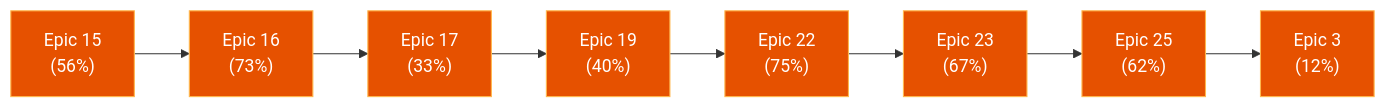
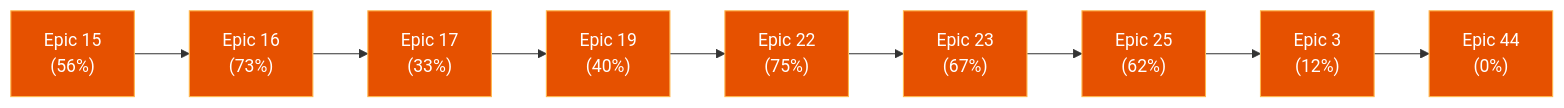
The diagram in _bmad-output/sprint-status-dashboard.md (martinfou/trading-bridge), drawn with Mermaid before and after one commit. The commit also changed other lines of this file and 35 other files, not shown here.

````diff
--- a/_bmad-output/sprint-status-dashboard.md
+++ b/_bmad-output/sprint-status-dashboard.md
@@ -13,20 +13,22 @@
 ```mermaid
 flowchart LR
   classDef done fill:#1b5e20,stroke:#81c784,color:#fff
   classDef ip fill:#e65100,stroke:#ffb74d,color:#fff
   epic15["Epic 15<br/>(56%)"]:::ip
   epic16["Epic 16<br/>(73%)"]:::ip
   epic17["Epic 17<br/>(33%)"]:::ip
   epic19["Epic 19<br/>(40%)"]:::ip
   epic22["Epic 22<br/>(75%)"]:::ip
   epic23["Epic 23<br/>(67%)"]:::ip
   epic25["Epic 25<br/>(62%)"]:::ip
   epic3["Epic 3<br/>(12%)"]:::ip
+  epic44["Epic 44<br/>(0%)"]:::ip
   epic15 --> epic16
   epic16 --> epic17
   epic17 --> epic19
   epic19 --> epic22
   epic22 --> epic23
   epic23 --> epic25
   epic25 --> epic3
+  epic3 --> epic44
 ```
````
